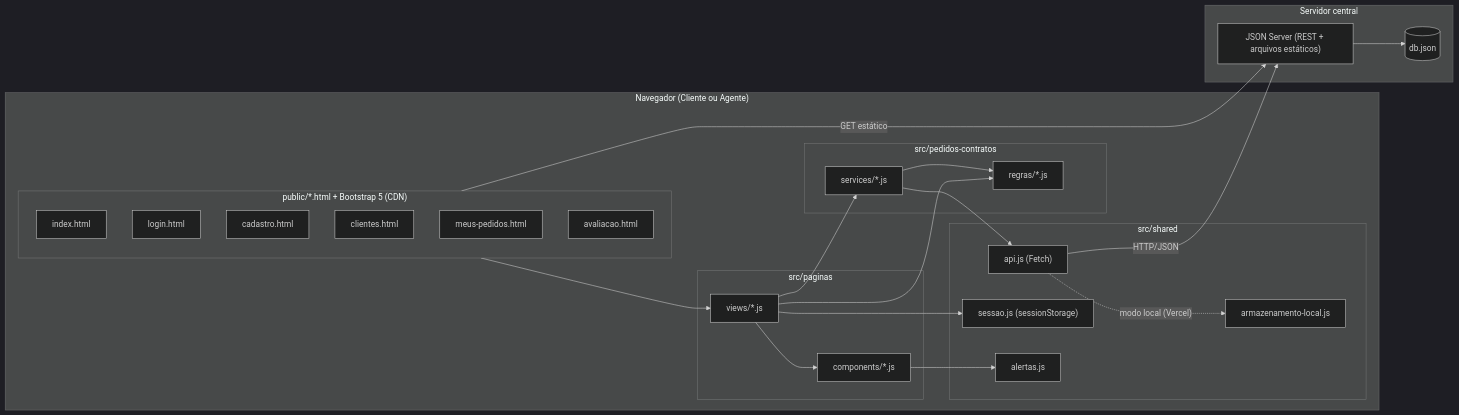
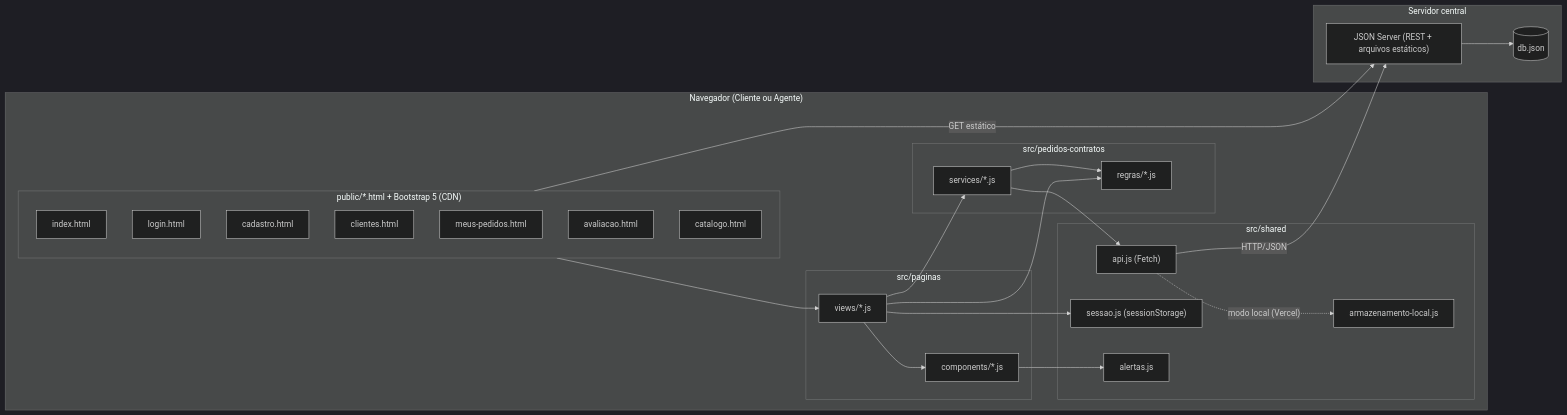
The first of 2 diagrams in docs/diagramas/componentes.md (Arthur-Bicalho/DIW-Lab2), drawn with Mermaid (dark theme) before and after one commit. The commit also changed other lines of this file and 7 other files, not shown here.

Commit message:
docs(uml): documenta o catálogo, a classificação dos automóveis e o ADR 0011

````diff
--- a/docs/diagramas/componentes.md
+++ b/docs/diagramas/componentes.md
@@ -5,44 +5,45 @@
 ```mermaid
 flowchart LR
     subgraph navegador["Navegador (Cliente ou Agente)"]
         subgraph html["public/*.html + Bootstrap 5 (CDN)"]
             index["index.html"]
             login["login.html"]
             cadastro["cadastro.html"]
             clientes["clientes.html"]
             pedidos["meus-pedidos.html"]
             avaliacao["avaliacao.html"]
+            catalogo["catalogo.html"]
         end
         subgraph paginas["src/paginas"]
             views["views/*.js"]
             comp["components/*.js"]
         end
         subgraph pc["src/pedidos-contratos"]
             svc["services/*.js"]
             reg["regras/*.js"]
         end
         subgraph sh["src/shared"]
             api["api.js (Fetch)"]
             loc["armazenamento-local.js"]
             ses["sessao.js (sessionStorage)"]
             alr["alertas.js"]
         end
     end
     subgraph servidor["Servidor central"]
         js["JSON Server (REST + arquivos estáticos)"]
         db[("db.json")]
     end
 
     html --> views
     views --> comp
     views --> svc
     views --> reg
     views --> ses
     comp --> alr
     svc --> reg
     svc --> api
     api -. "modo local (Vercel)" .-> loc
     api -- "HTTP/JSON" --> js
     js --> db
     html -- "GET estático" --> js
 ```
````
